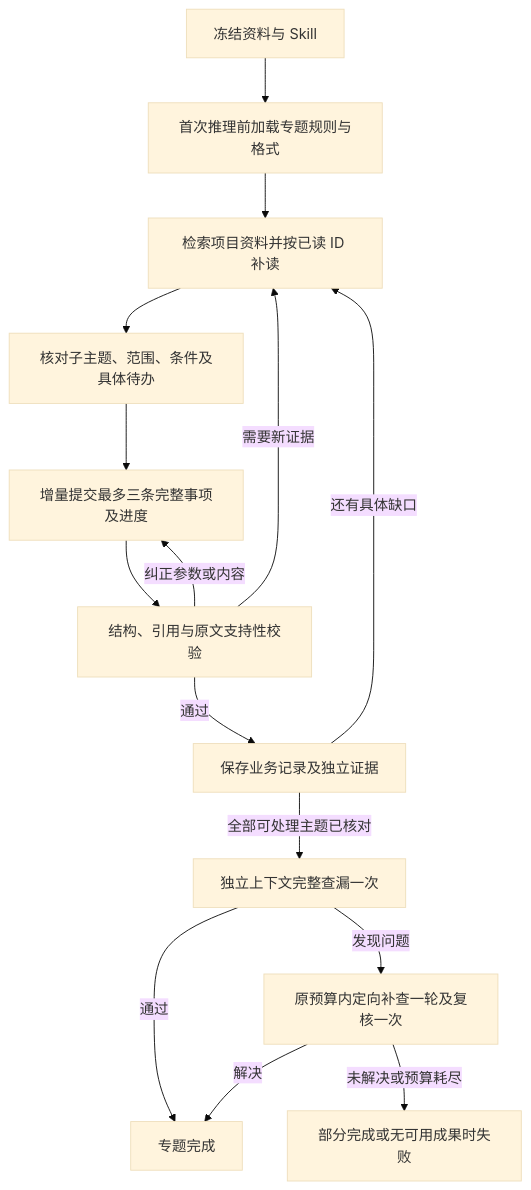
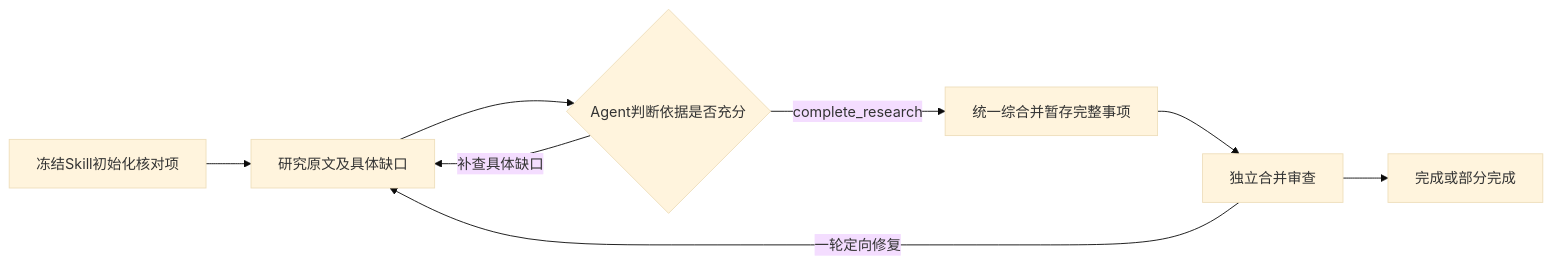
One commit to wph989/AI-tender changed the diagram in docs/工程/14-解析Skill与运行护栏.md. Above: the diagram before and after it, drawn with Mermaid (base theme). The commit also changed other lines of this file and 138 other files, not shown here.

````diff
--- a/docs/工程/14-解析Skill与运行护栏.md
+++ b/docs/工程/14-解析Skill与运行护栏.md
@@ -9,17 +9,10 @@
 ```mermaid
-flowchart TD
-    A[冻结资料与 Skill] --> B[首次推理前加载专题规则与格式]
-    B --> C[检索项目资料并按已读 ID 补读]
-    C --> D[核对子主题、范围、条件及具体待办]
-    D --> E[增量提交最多三条完整事项及进度]
-    E --> F[结构、引用与原文支持性校验]
-    F -->|通过| G[保存业务记录及独立证据]
-    F -->|纠正参数或内容| E
-    F -->|需要新证据| C
-    G -->|还有具体缺口| C
-    G -->|全部可处理主题已核对| H[独立上下文完整查漏一次]
-    H -->|发现问题| I[原预算内定向补查一轮及复核一次]
-    H -->|通过| J[专题完成]
-    I -->|解决| J
-    I -->|未解决或预算耗尽| K[部分完成或无可用成果时失败]
+flowchart LR
+    A[冻结Skill初始化核对项] --> B[研究原文及具体缺口]
+    B --> C{Agent判断依据是否充分}
+    C -->|补查具体缺口| B
+    C -->|complete_research| D[统一综合并暂存完整事项]
+    D --> E[独立合并审查]
+    E -->|一轮定向修复| B
+    E --> F[完成或部分完成]
 ```
````
